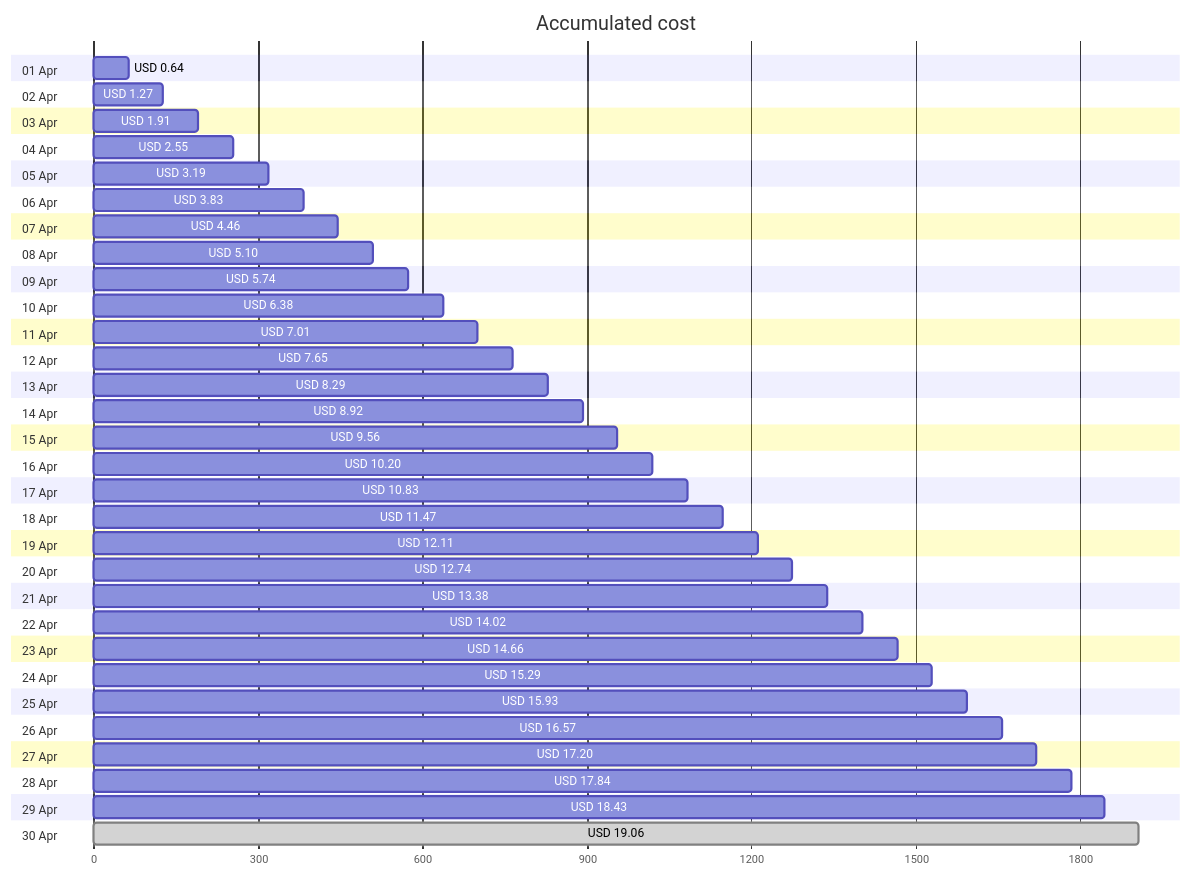
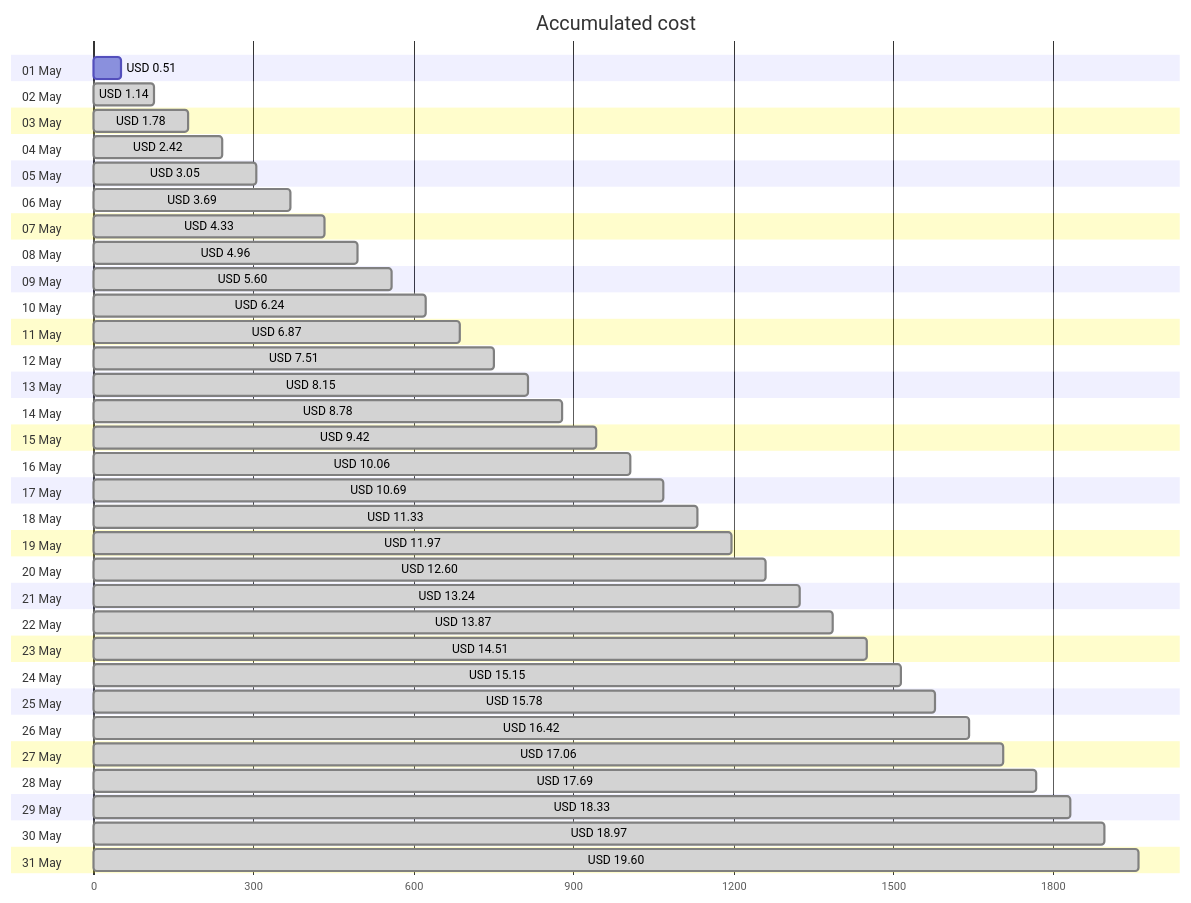
Before and after one commit to jpfulton/azure-personal-reports: the first of 4 diagrams in cost-reports/accumulated-cost.md, drawn with Mermaid. The commit also changed other lines of this file and 4 other files, not shown here.

````diff
--- a/cost-reports/accumulated-cost.md
+++ b/cost-reports/accumulated-cost.md
@@ -20,66 +20,68 @@
 ```mermaid
 gantt
    title Accumulated cost
    dateFormat  X
    axisFormat %s
-   section 01 Apr
-   USD 0.64 :0, 64
-   section 02 Apr
-   USD 1.27 :0, 127
-   section 03 Apr
-   USD 1.91 :0, 191
-   section 04 Apr
-   USD 2.55 :0, 255
-   section 05 Apr
-   USD 3.19 :0, 319
-   section 06 Apr
-   USD 3.83 :0, 383
-   section 07 Apr
-   USD 4.46 :0, 446
-   section 08 Apr
-   USD 5.10 :0, 510
-   section 09 Apr
-   USD 5.74 :0, 574
-   section 10 Apr
-   USD 6.38 :0, 638
-   section 11 Apr
-   USD 7.01 :0, 701
-   section 12 Apr
-   USD 7.65 :0, 765
-   section 13 Apr
-   USD 8.29 :0, 829
-   section 14 Apr
-   USD 8.92 :0, 892
-   section 15 Apr
-   USD 9.56 :0, 956
-   section 16 Apr
-   USD 10.20 :0, 1020
-   section 17 Apr
-   USD 10.83 :0, 1083
-   section 18 Apr
-   USD 11.47 :0, 1147
-   section 19 Apr
-   USD 12.11 :0, 1211
-   section 20 Apr
-   USD 12.74 :0, 1274
-   section 21 Apr
-   USD 13.38 :0, 1338
-   section 22 Apr
-   USD 14.02 :0, 1402
-   section 23 Apr
-   USD 14.66 :0, 1466
-   section 24 Apr
-   USD 15.29 :0, 1529
-   section 25 Apr
-   USD 15.93 :0, 1593
-   section 26 Apr
-   USD 16.57 :0, 1657
-   section 27 Apr
-   USD 17.20 :0, 1720
-   section 28 Apr
-   USD 17.84 :0, 1784
-   section 29 Apr
-   USD 18.43 :0, 1843
-   section 30 Apr
-   USD 19.06 : done, 0, 1906
+   section 01 May
+   USD 0.51 :0, 51
+   section 02 May
+   USD 1.14 : done, 0, 114
+   section 03 May
+   USD 1.78 : done, 0, 178
+   section 04 May
+   USD 2.42 : done, 0, 242
+   section 05 May
+   USD 3.05 : done, 0, 305
+   section 06 May
+   USD 3.69 : done, 0, 369
+   section 07 May
+   USD 4.33 : done, 0, 433
+   section 08 May
+   USD 4.96 : done, 0, 496
+   section 09 May
+   USD 5.60 : done, 0, 560
+   section 10 May
+   USD 6.24 : done, 0, 624
+   section 11 May
+   USD 6.87 : done, 0, 687
+   section 12 May
+   USD 7.51 : done, 0, 751
+   section 13 May
+   USD 8.15 : done, 0, 815
+   section 14 May
+   USD 8.78 : done, 0, 878
+   section 15 May
+   USD 9.42 : done, 0, 942
+   section 16 May
+   USD 10.06 : done, 0, 1006
+   section 17 May
+   USD 10.69 : done, 0, 1069
+   section 18 May
+   USD 11.33 : done, 0, 1133
+   section 19 May
+   USD 11.97 : done, 0, 1197
+   section 20 May
+   USD 12.60 : done, 0, 1260
+   section 21 May
+   USD 13.24 : done, 0, 1324
+   section 22 May
+   USD 13.87 : done, 0, 1387
+   section 23 May
+   USD 14.51 : done, 0, 1451
+   section 24 May
+   USD 15.15 : done, 0, 1515
+   section 25 May
+   USD 15.78 : done, 0, 1578
+   section 26 May
+   USD 16.42 : done, 0, 1642
+   section 27 May
+   USD 17.06 : done, 0, 1706
+   section 28 May
+   USD 17.69 : done, 0, 1769
+   section 29 May
+   USD 18.33 : done, 0, 1833
+   section 30 May
+   USD 18.97 : done, 0, 1897
+   section 31 May
+   USD 19.60 : done, 0, 1960
 ```
````
